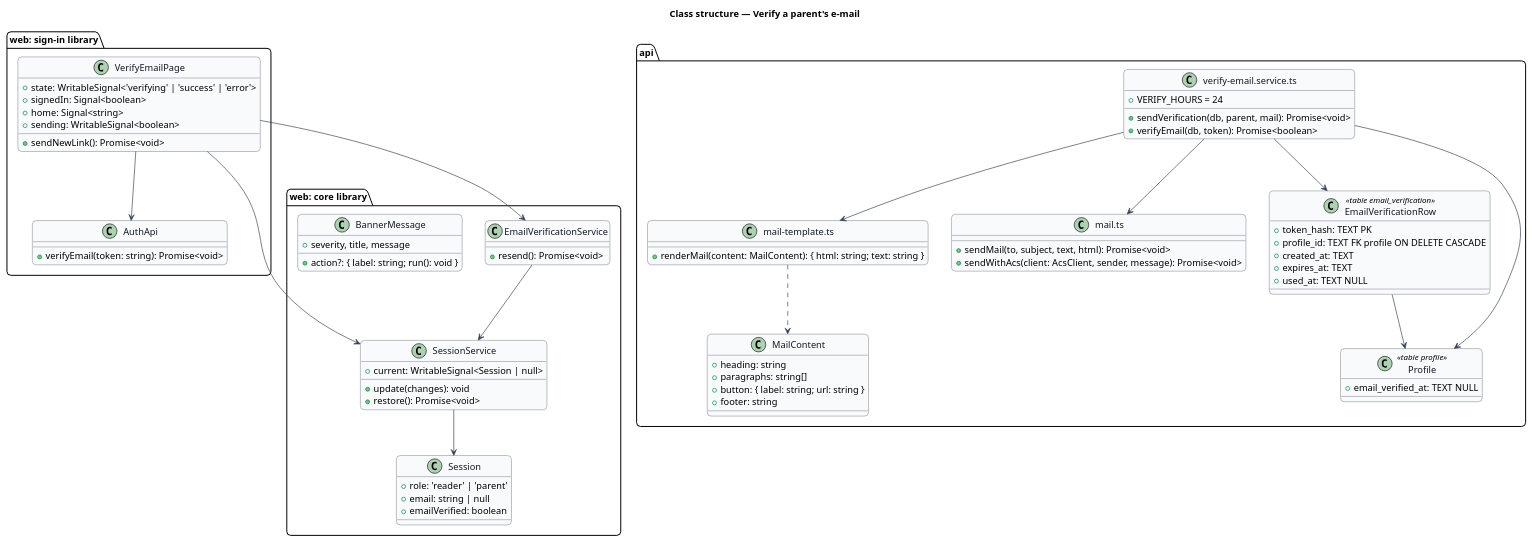
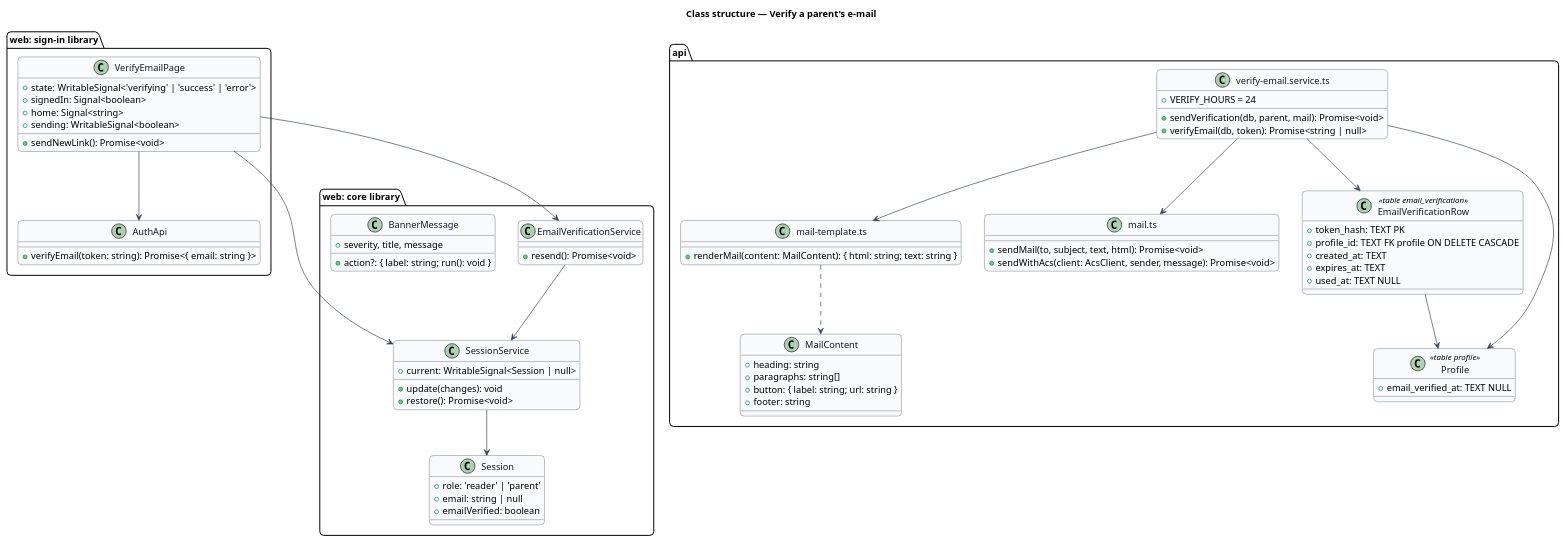
One commit to QuinntyneBrown/shelfie changed the diagram in docs/detailed-designs/sign-in/verify-email/diagrams/class-structure.puml. Above: the diagram before and after it, drawn with PlantUML. The commit also changed 10 other files, not shown here.

First line of the commit message:
Docs: verify-email built; estimates at their true percent; deferred list now has re-verifying a changed e-mail

```diff
--- a/docs/detailed-designs/sign-in/verify-email/diagrams/class-structure.puml
+++ b/docs/detailed-designs/sign-in/verify-email/diagrams/class-structure.puml
@@ -1,86 +1,86 @@
 @startuml
 skinparam backgroundColor #FFFFFF
 skinparam shadowing false
 skinparam roundcorner 12
 skinparam defaultFontName Arial
 skinparam ArrowColor #344054
 skinparam class {
   BorderColor #344054
   FontColor #101828
   BackgroundColor #F9FAFB
 }
 title Class structure — Verify a parent's e-mail
 
 package "web: sign-in library" {
   class VerifyEmailPage {
     +state: WritableSignal<'verifying' | 'success' | 'error'>
     +signedIn: Signal<boolean>
     +home: Signal<string>
     +sending: WritableSignal<boolean>
     +sendNewLink(): Promise<void>
   }
   class AuthApi {
-    +verifyEmail(token: string): Promise<void>
+    +verifyEmail(token: string): Promise<{ email: string }>
   }
 }
 package "web: core library" {
   class Session {
     +role: 'reader' | 'parent'
     +email: string | null
     +emailVerified: boolean
   }
   class SessionService {
     +current: WritableSignal<Session | null>
     +update(changes): void
     +restore(): Promise<void>
   }
   class EmailVerificationService {
     +resend(): Promise<void>
   }
   class BannerMessage {
     +severity, title, message
     +action?: { label: string; run(): void }
   }
 }
 package "api" {
   class "verify-email.service.ts" as VerifyService {
     +VERIFY_HOURS = 24
     +sendVerification(db, parent, mail): Promise<void>
-    +verifyEmail(db, token): Promise<boolean>
+    +verifyEmail(db, token): Promise<string | null>
   }
   class "mail-template.ts" as Template {
     +renderMail(content: MailContent): { html: string; text: string }
   }
   class MailContent {
     +heading: string
     +paragraphs: string[]
     +button: { label: string; url: string }
     +footer: string
   }
   class "mail.ts" as MailTs {
     +sendMail(to, subject, text, html): Promise<void>
     +sendWithAcs(client: AcsClient, sender, message): Promise<void>
   }
   class EmailVerificationRow <<table email_verification>> {
     +token_hash: TEXT PK
     +profile_id: TEXT FK profile ON DELETE CASCADE
     +created_at: TEXT
     +expires_at: TEXT
     +used_at: TEXT NULL
   }
   class Profile <<table profile>> {
     +email_verified_at: TEXT NULL
   }
 }
 VerifyEmailPage --> AuthApi
 VerifyEmailPage --> EmailVerificationService
 VerifyEmailPage --> SessionService
 EmailVerificationService --> SessionService
 SessionService --> Session
 VerifyService --> Template
 VerifyService --> MailTs
 Template ..> MailContent
 VerifyService --> EmailVerificationRow
 VerifyService --> Profile
 EmailVerificationRow --> Profile
 @enduml
```
